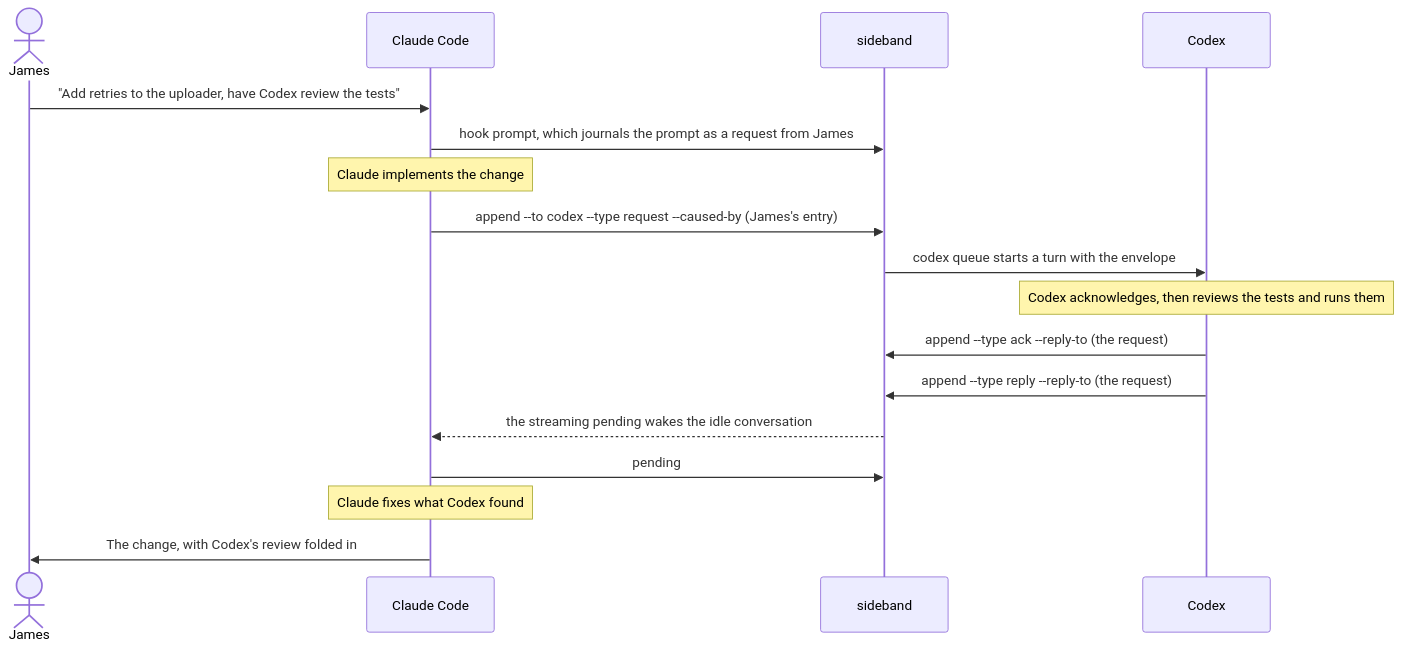
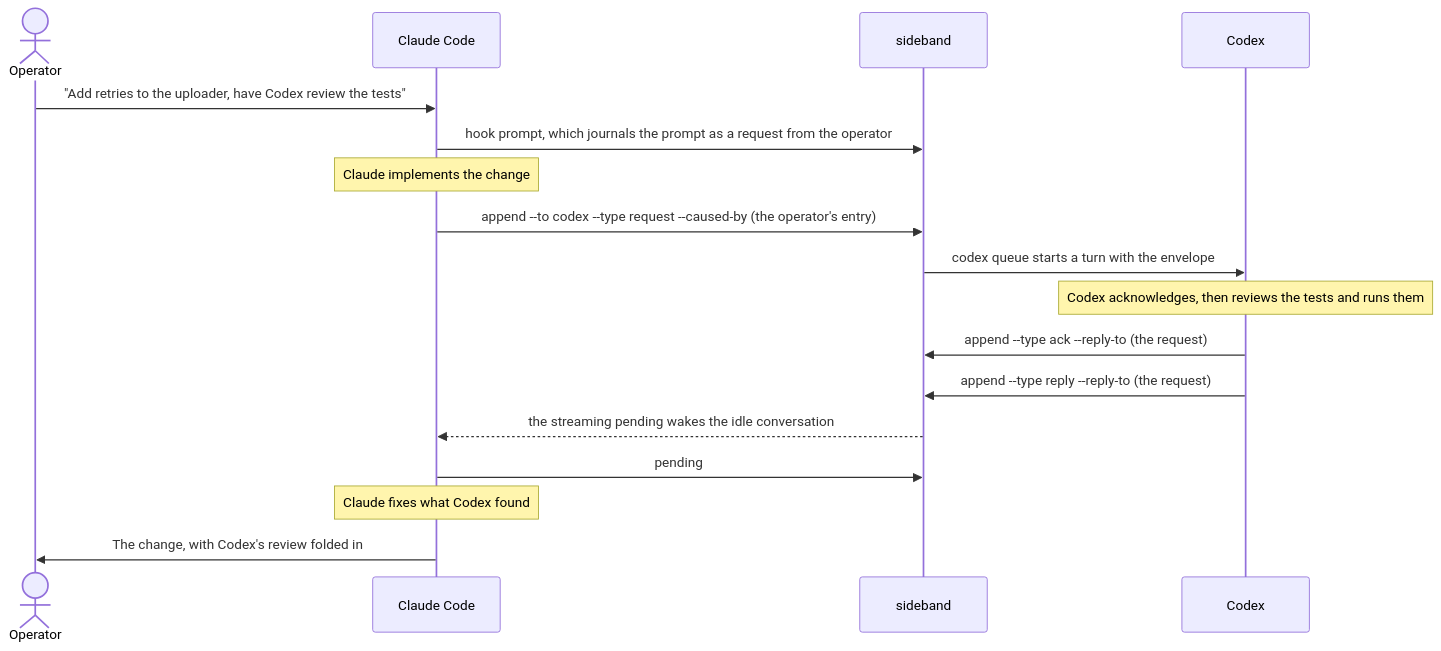
One commit to moltenbits/sideband changed the second of 2 diagrams in README.md. Above: the diagram before and after it, drawn with Mermaid. The commit also changed other lines of this file and 27 other files, not shown here.

````diff
--- a/README.md
+++ b/README.md
@@ -112,20 +114,20 @@
 ```mermaid
 sequenceDiagram
-    actor James
+    actor Operator
     participant Claude as Claude Code
     participant SB as sideband
     participant Codex
 
-    James->>Claude: "Add retries to the uploader, have Codex review the tests"
-    Claude->>SB: hook prompt, which journals the prompt as a request from James
+    Operator->>Claude: "Add retries to the uploader, have Codex review the tests"
+    Claude->>SB: hook prompt, which journals the prompt as a request from the operator
     Note over Claude: Claude implements the change
-    Claude->>SB: append --to codex --type request --caused-by (James's entry)
+    Claude->>SB: append --to codex --type request --caused-by (the operator's entry)
     SB->>Codex: codex queue starts a turn with the envelope
     Note over Codex: Codex acknowledges, then reviews the tests and runs them
     Codex->>SB: append --type ack --reply-to (the request)
     Codex->>SB: append --type reply --reply-to (the request)
     SB-->>Claude: the streaming pending wakes the idle conversation
     Claude->>SB: pending
     Note over Claude: Claude fixes what Codex found
-    Claude->>James: The change, with Codex's review folded in
+    Claude->>Operator: The change, with Codex's review folded in
 ```
````
